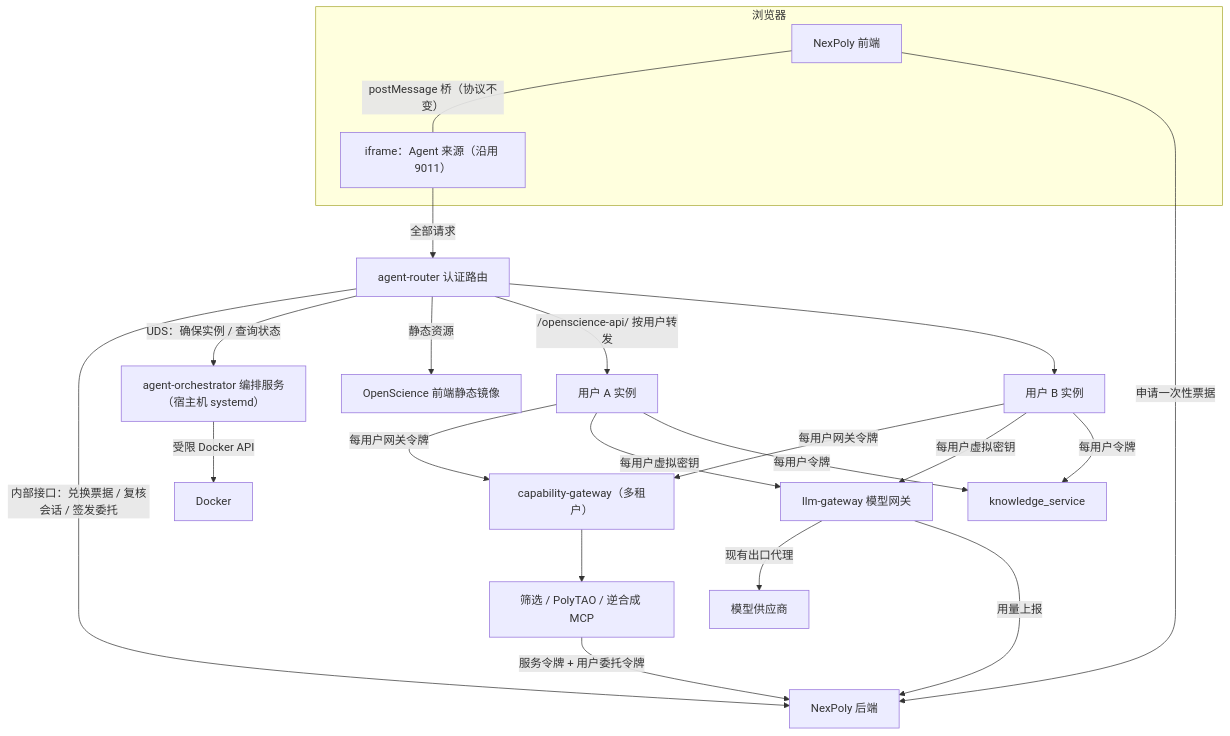
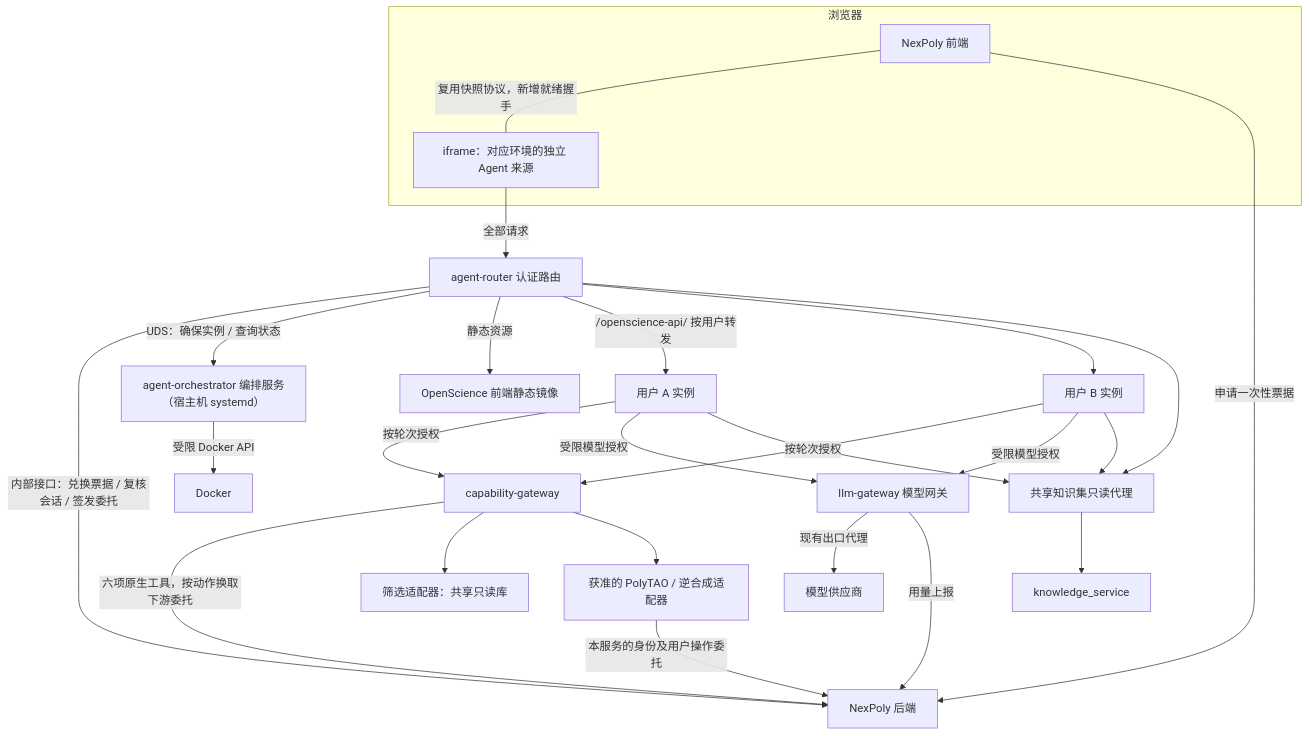
One commit to lzq390/ZhijuPoly changed the second of 3 diagrams in docs/openscience-per-user-instances-plan.md. Above: the diagram before and after it, drawn with Mermaid. The commit also changed other lines of this file, not shown here.

````diff
--- a/docs/openscience-per-user-instances-plan.md
+++ b/docs/openscience-per-user-instances-plan.md
@@ -84,23 +85,27 @@
 ```mermaid
 flowchart TB
   subgraph Browser["浏览器"]
     NP["NexPoly 前端"]
-    IF["iframe：Agent 来源（沿用 9011）"]
+    IF["iframe：对应环境的独立 Agent 来源"]
   end
-  NP -- "postMessage 桥（协议不变）" --- IF
+  NP -- "复用快照协议，新增就绪握手" --- IF
   NP -->|"申请一次性票据"| NB["NexPoly 后端"]
   IF -->|"全部请求"| RT["agent-router 认证路由"]
   RT -->|"内部接口：兑换票据 / 复核会话 / 签发委托"| NB
   RT -->|"UDS：确保实例 / 查询状态"| OR["agent-orchestrator 编排服务（宿主机 systemd）"]
   OR -->|"受限 Docker API"| DK["Docker"]
   RT -->|"静态资源"| UI["OpenScience 前端静态镜像"]
   RT -->|"/openscience-api/ 按用户转发"| I1["用户 A 实例"]
   RT --> I2["用户 B 实例"]
-  I1 & I2 -->|"每用户网关令牌"| GW["capability-gateway（多租户）"]
-  I1 & I2 -->|"每用户虚拟密钥"| LG["llm-gateway 模型网关"]
-  I1 & I2 -->|"每用户令牌"| KS["knowledge_service"]
-  GW --> MCP["筛选 / PolyTAO / 逆合成 MCP"]
-  MCP -->|"服务令牌 + 用户委托令牌"| NB
+  I1 & I2 -->|"按轮次授权"| GW["capability-gateway"]
+  I1 & I2 -->|"受限模型授权"| LG["llm-gateway 模型网关"]
+  I1 & I2 --> KP["共享知识集只读代理"]
+  RT --> KP
+  KP --> KS["knowledge_service"]
+  GW -->|"六项原生工具，按动作换取下游委托"| NB
+  GW --> PF["筛选适配器：共享只读库"]
+  GW --> MCP["获准的 PolyTAO / 逆合成适配器"]
+  MCP -->|"本服务的身份及用户操作委托"| NB
   LG -->|"现有出口代理"| LLM["模型供应商"]
   LG -->|"用量上报"| NB
 ```
````
